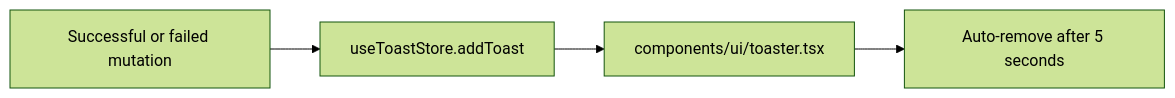
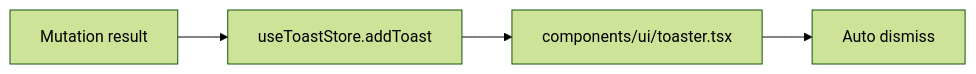
Diagram 15 of 17 in SYSTEM_FLOW.md (muhammadjamshed7/Assignmentwork), drawn with Mermaid (forest theme) before and after one commit. The commit also changed other lines of this file and 18 other files, not shown here.

````diff
--- a/SYSTEM_FLOW.md
+++ b/SYSTEM_FLOW.md
@@ -462,6 +527,6 @@
 ```mermaid
 flowchart LR
-  Mutation[Successful or failed mutation] --> AddToast[useToastStore.addToast]
-  AddToast --> Toaster[components/ui/toaster.tsx]
-  Toaster --> AutoDismiss[Auto-remove after 5 seconds]
+  Mutation[Mutation result] --> ToastStore[useToastStore.addToast]
+  ToastStore --> Toaster[components/ui/toaster.tsx]
+  Toaster --> Dismiss[Auto dismiss]
 ```
````
